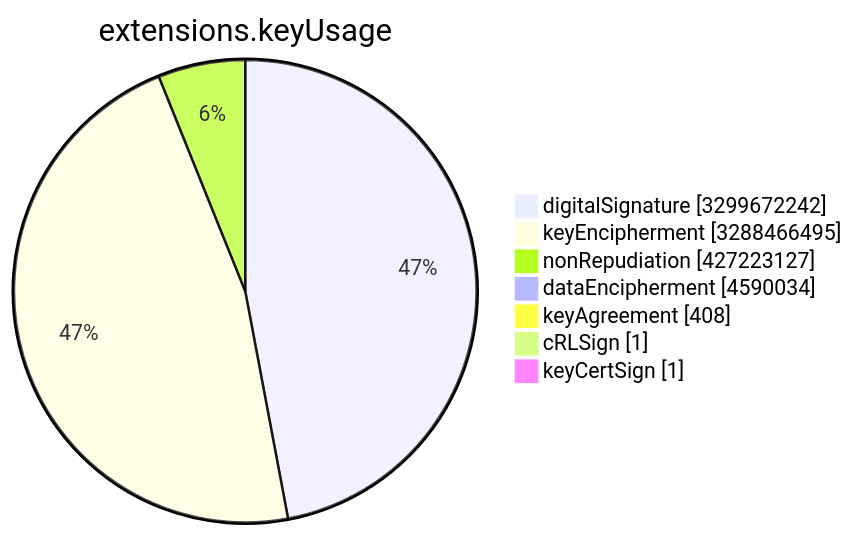
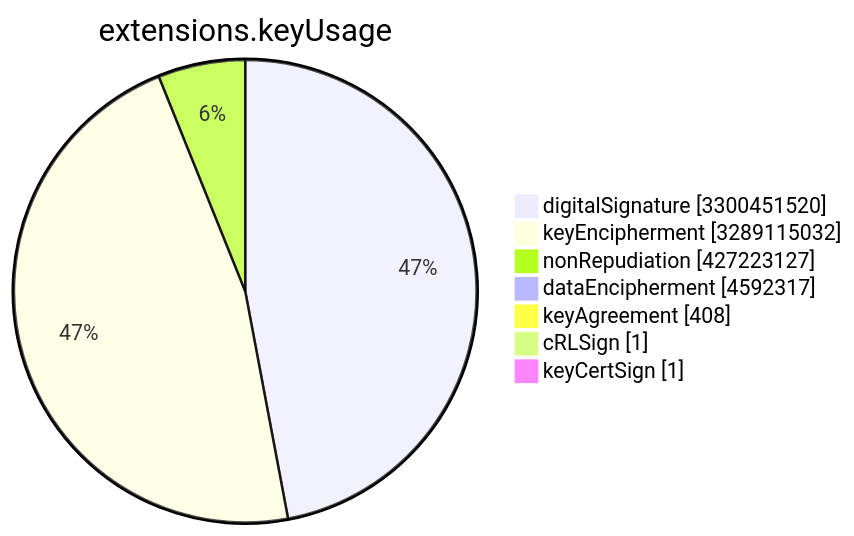
One commit to christiankrug/ctmonitor_visualization changed the sixth of 15 diagrams in TOTAL/README.md. Above: the diagram before and after it, drawn with Mermaid. The commit also changed other lines of this file, not shown here.

````diff
--- a/TOTAL/README.md
+++ b/TOTAL/README.md
@@ -3078,11 +3078,11 @@
 ```mermaid
 pie showData
 title extensions.keyUsage
-"digitalSignature" :3299672242
-"keyEncipherment" :3288466495
+"digitalSignature" :3300451520
+"keyEncipherment" :3289115032
 "nonRepudiation" :427223127
-"dataEncipherment" :4590034
+"dataEncipherment" :4592317
 "keyAgreement" :408
 "cRLSign" :1
 "keyCertSign" :1
 ```
````
